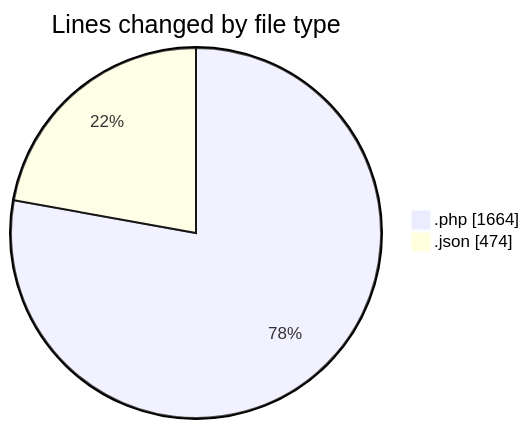
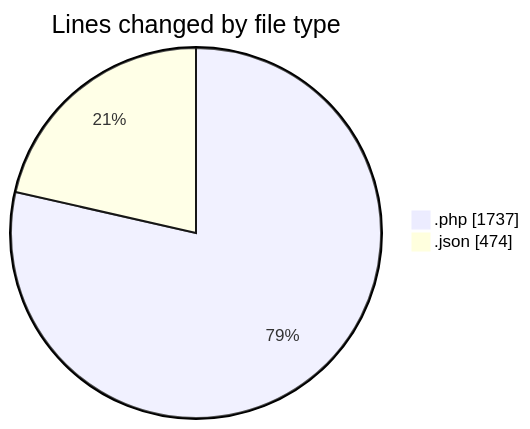
One commit to idhammustaqopulfikri/code-tracking changed the first of 2 diagrams in 2025-06-02/studio-backend/README.md. Above: the diagram before and after it, drawn with Mermaid. The commit also changed other lines of this file and 1 other file, not shown here.

````diff
--- a/2025-06-02/studio-backend/README.md
+++ b/2025-06-02/studio-backend/README.md
@@ -39,6 +40,6 @@
 ```mermaid
 pie showData
 title Lines changed by file type
-".php" : 1664
+".php" : 1737
 ".json" : 474
 ```
````
